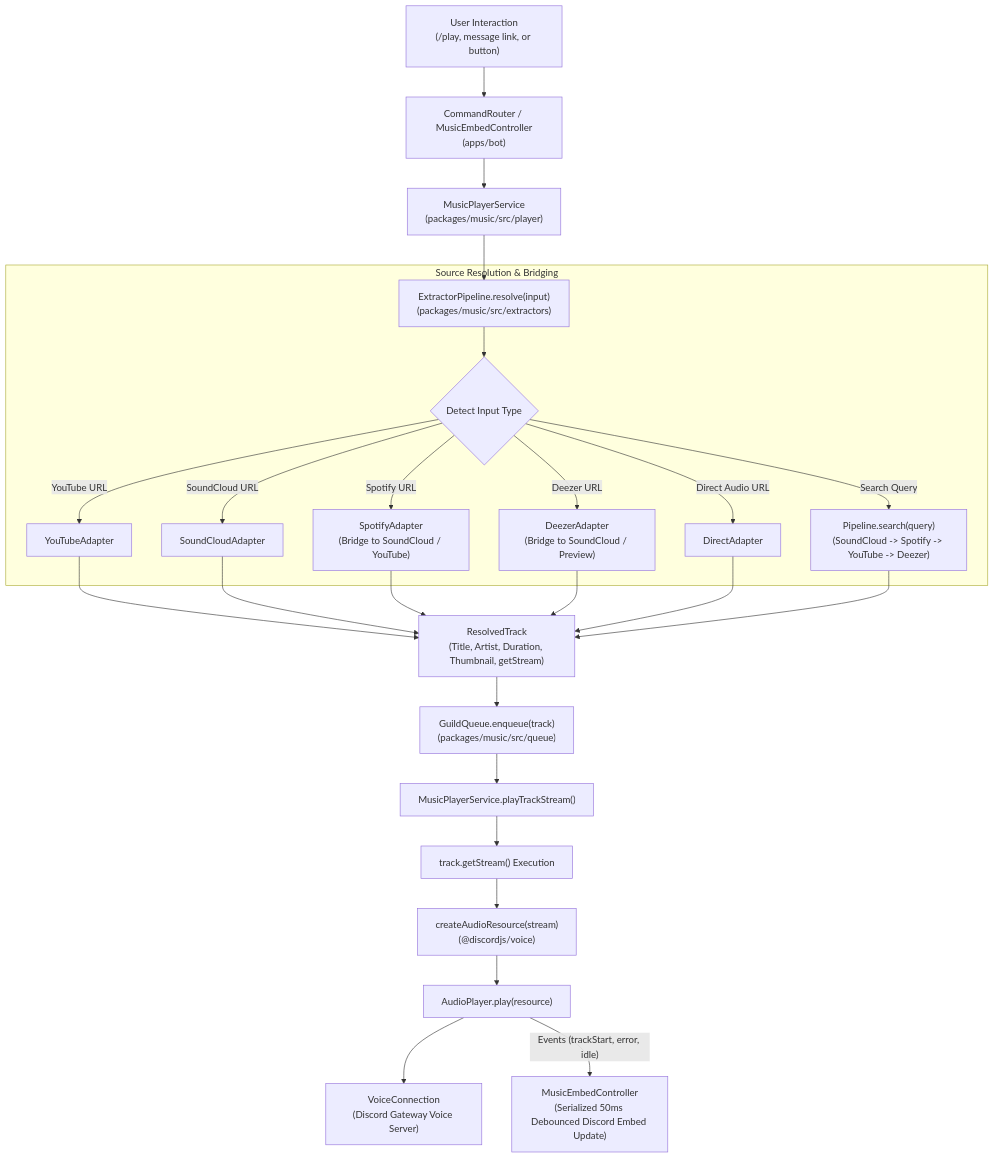
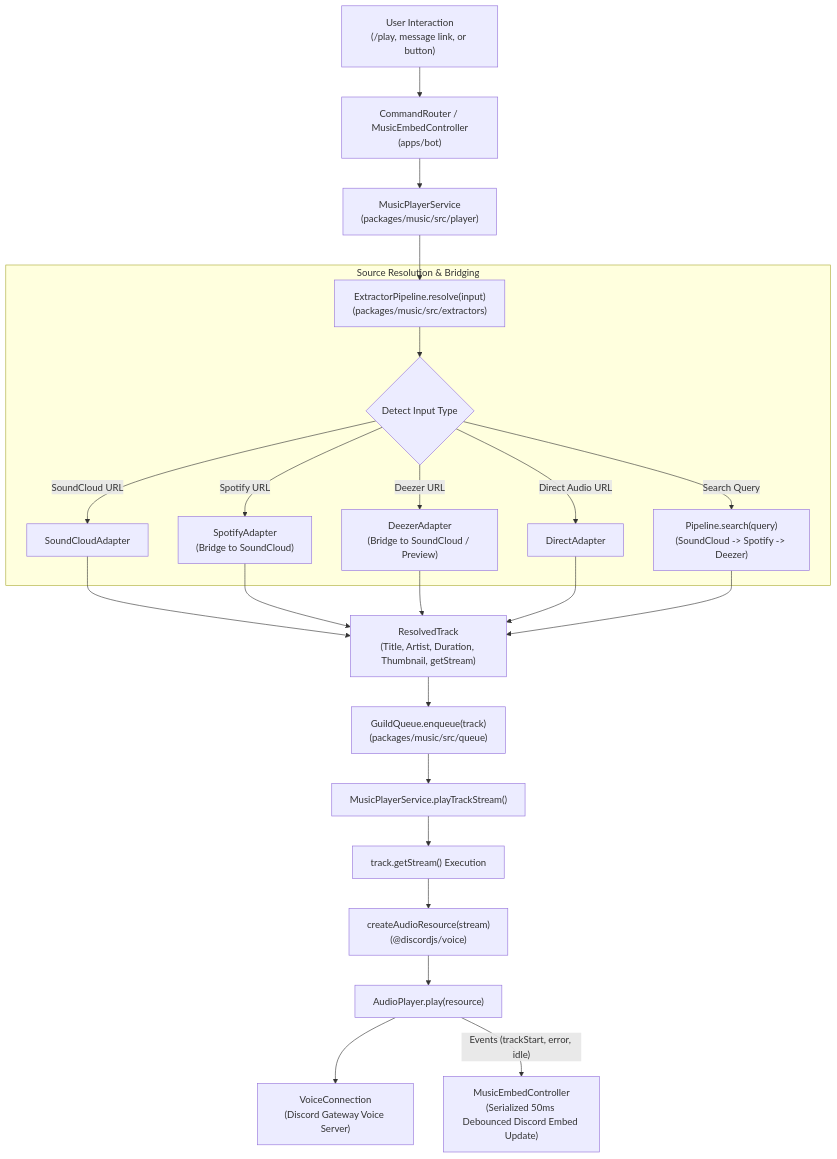
The diagram in docs/music.md (RirikoAI/RirikoBot), drawn with Mermaid before and after one commit. The commit also changed other lines of this file and 34 other files, not shown here.

First line of the commit message:
feat(music): load the YouTube fallback extractor from a private package (TASK-1722)

````diff
--- a/docs/music.md
+++ b/docs/music.md
@@ -52,25 +50,24 @@
 ```mermaid
 flowchart TD
     User["User Interaction<br/>(/play, message link, or button)"] --> Router["CommandRouter / MusicEmbedController<br/>(apps/bot)"]
     Router --> MPS["MusicPlayerService<br/>(packages/music/src/player)"]
     MPS --> Pipe["ExtractorPipeline.resolve(input)<br/>(packages/music/src/extractors)"]
     
     subgraph Extractors ["Source Resolution & Bridging"]
         Pipe --> Detect{"Detect Input Type"}
-        Detect -- "YouTube URL" --> YT["YouTubeAdapter"]
-        Detect -- "Spotify URL" --> SP["SpotifyAdapter<br/>(Bridge to SoundCloud / YouTube)"]
+        Detect -- "Spotify URL" --> SP["SpotifyAdapter<br/>(Bridge to SoundCloud)"]
         Detect -- "SoundCloud URL" --> SC["SoundCloudAdapter"]
         Detect -- "Deezer URL" --> DZ["DeezerAdapter<br/>(Bridge to SoundCloud / Preview)"]
         Detect -- "Direct Audio URL" --> DIR["DirectAdapter"]
-        Detect -- "Search Query" --> Search["Pipeline.search(query)<br/>(SoundCloud -> Spotify -> YouTube -> Deezer)"]
+        Detect -- "Search Query" --> Search["Pipeline.search(query)<br/>(SoundCloud -> Spotify -> Deezer)"]
     end
 
-    YT & SC & SP & DZ & DIR & Search --> Resolved["ResolvedTrack<br/>(Title, Artist, Duration, Thumbnail, getStream)"]
+    SC & SP & DZ & DIR & Search --> Resolved["ResolvedTrack<br/>(Title, Artist, Duration, Thumbnail, getStream)"]
     Resolved --> Queue["GuildQueue.enqueue(track)<br/>(packages/music/src/queue)"]
     Queue --> Player["MusicPlayerService.playTrackStream()"]
     Player --> Stream["track.getStream() Execution"]
     Stream --> Resource["createAudioResource(stream)<br/>(@discordjs/voice)"]
     Resource --> AudioPlayer["AudioPlayer.play(resource)"]
     AudioPlayer --> VoiceConn["VoiceConnection<br/>(Discord Gateway Voice Server)"]
     AudioPlayer -- "Events (trackStart, error, idle)" --> Controller["MusicEmbedController<br/>(Serialized 50ms Debounced Discord Embed Update)"]
 ```
````
